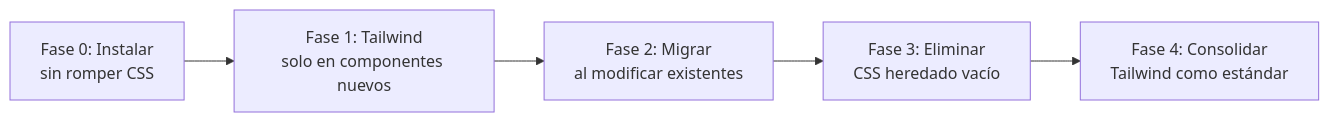
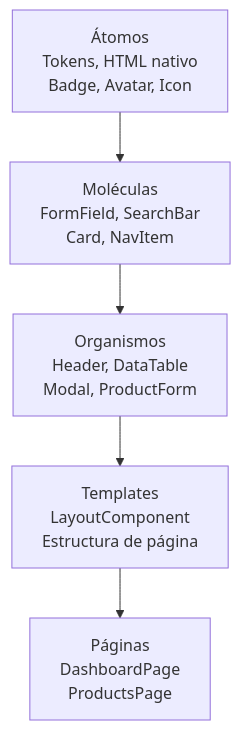
One commit to Jose-Quesada/presentacion-desarrollo-interfaces-26-27 changed the third of 6 diagrams in unidad-13.md. Above: the diagram before and after it, drawn with Mermaid. The commit also changed other lines of this file and 52 other files, not shown here.

````diff
--- a/unidad-13.md
+++ b/unidad-13.md
@@ -399,7 +95,7 @@
-<div class="mermaid">
-graph LR
-    F0[Fase 0: Instalar<br/>sin romper CSS] --> F1[Fase 1: Tailwind<br/>solo en componentes nuevos]
-    F1 --> F2[Fase 2: Migrar<br/>al modificar existentes]
-    F2 --> F3[Fase 3: Eliminar<br/>CSS heredado vacío]
-    F3 --> F4[Fase 4: Consolidar<br/>Tailwind como estándar]
-</div>
+```mermaid
+graph TB
+    A[Átomos<br/>Tokens, HTML nativo<br/>Badge, Avatar, Icon] --> M[Moléculas<br/>FormField, SearchBar<br/>Card, NavItem]
+    M --> O[Organismos<br/>Header, DataTable<br/>Modal, ProductForm]
+    O --> T[Templates<br/>LayoutComponent<br/>Estructura de página]
+    T --> P[Páginas<br/>DashboardPage<br/>ProductsPage]
+```
````
